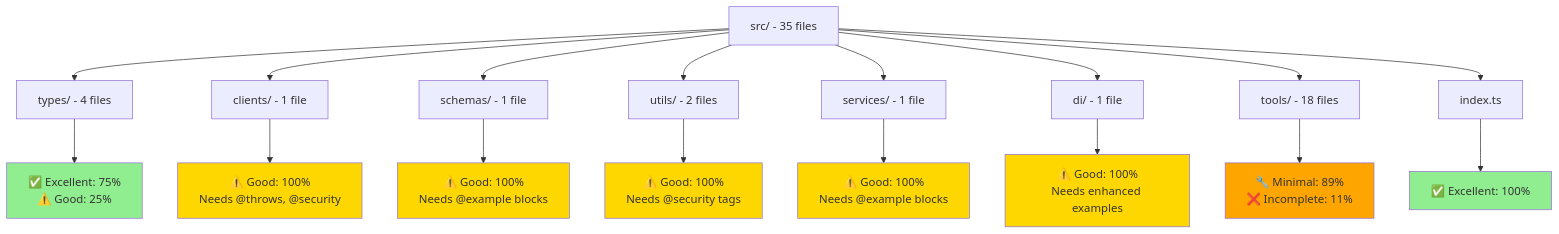
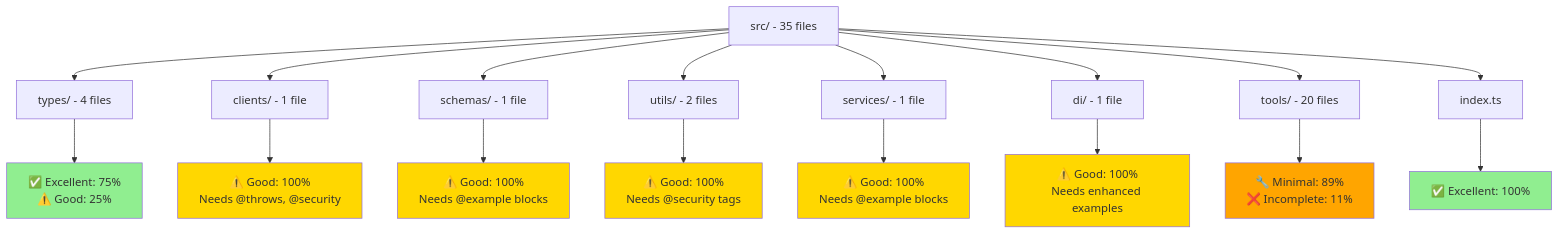
One commit to Hack23/European-Parliament-MCP-Server changed the first of 3 diagrams in docs/JSDOC_COVERAGE_VISUALIZATION.md. Above: the diagram before and after it, drawn with Mermaid. The commit also changed other lines of this file and 5 other files, not shown here.

````diff
--- a/docs/JSDOC_COVERAGE_VISUALIZATION.md
+++ b/docs/JSDOC_COVERAGE_VISUALIZATION.md
@@ -26,31 +26,31 @@
 ```mermaid
 graph TB
     Root[src/ - 35 files]
     
     Root --> Types[types/ - 4 files]
     Root --> Clients[clients/ - 1 file]
     Root --> Schemas[schemas/ - 1 file]
     Root --> Utils[utils/ - 2 files]
     Root --> Services[services/ - 1 file]
     Root --> DI[di/ - 1 file]
-    Root --> Tools[tools/ - 18 files]
+    Root --> Tools[tools/ - 20 files]
     Root --> Index[index.ts]
     
     Types --> TypesStatus[✅ Excellent: 75%<br/>⚠️ Good: 25%]
     Clients --> ClientsStatus[⚠️ Good: 100%<br/>Needs @throws, @security]
     Schemas --> SchemasStatus[⚠️ Good: 100%<br/>Needs @example blocks]
     Utils --> UtilsStatus[⚠️ Good: 100%<br/>Needs @security tags]
     Services --> ServicesStatus[⚠️ Good: 100%<br/>Needs @example blocks]
     DI --> DIStatus[⚠️ Good: 100%<br/>Needs enhanced examples]
     Tools --> ToolsStatus[🔧 Minimal: 89%<br/>❌ Incomplete: 11%]
     Index --> IndexStatus[✅ Excellent: 100%]
     
     style TypesStatus fill:#90EE90
     style ClientsStatus fill:#FFD700
     style SchemasStatus fill:#FFD700
     style UtilsStatus fill:#FFD700
     style ServicesStatus fill:#FFD700
     style DIStatus fill:#FFD700
     style ToolsStatus fill:#FFA500
     style IndexStatus fill:#90EE90
 ```
````
